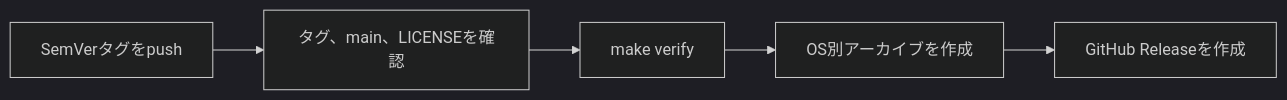
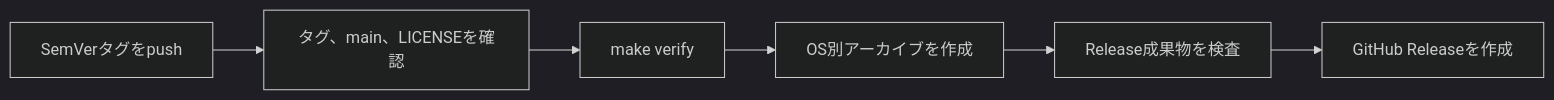
The first of 3 diagrams in docs/development/build-and-release.md (vnzzzz/batch-scope), drawn with Mermaid (dark theme) before and after one commit. The commit also changed other lines of this file, not shown here.

````diff
--- a/docs/development/build-and-release.md
+++ b/docs/development/build-and-release.md
@@ -111,7 +107,8 @@
 ```mermaid
 flowchart LR
     Tag[SemVerタグをpush] --> Check[タグ、main、LICENSEを確認]
     Check --> Verify[make verify]
     Verify --> Build[OS別アーカイブを作成]
-    Build --> Release[GitHub Releaseを作成]
+    Build --> ArtifactCheck[Release成果物を検査]
+    ArtifactCheck --> Release[GitHub Releaseを作成]
 ```
````
